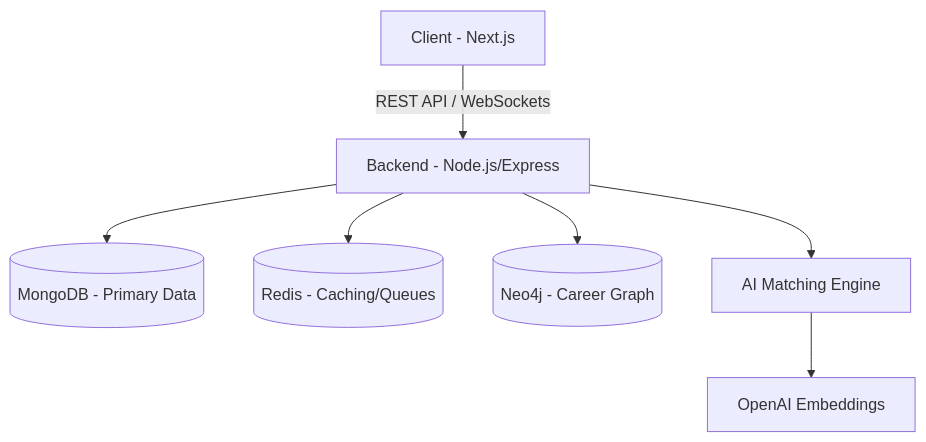
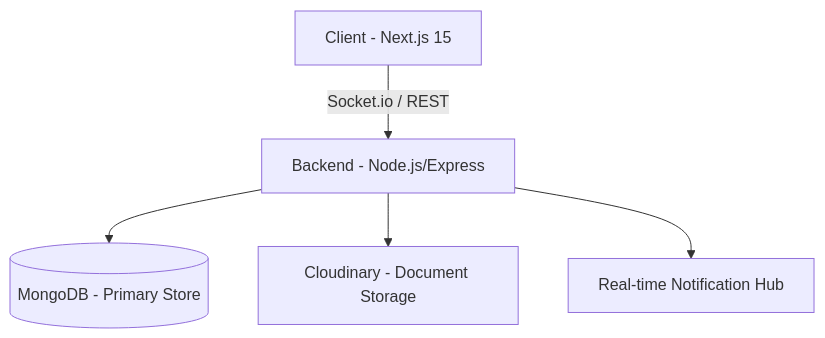
One commit to tendocalvin1/RemoteFlex changed the diagram in README.md. Above: the diagram before and after it, drawn with Mermaid. The commit also changed other lines of this file and 1 other file, not shown here.

````diff
--- a/README.md
+++ b/README.md
@@ -24,9 +24,7 @@
 ```mermaid
 graph TD
-    A[Client - Next.js] -->|REST API / WebSockets| B[Backend - Node.js/Express]
-    B --> C[(MongoDB - Primary Data)]
-    B --> D[(Redis - Caching/Queues)]
-    B --> E[(Neo4j - Career Graph)]
-    B --> F[AI Matching Engine]
-    F --> G[OpenAI Embeddings]
+    A[Client - Next.js 15] -->|Socket.io / REST| B[Backend - Node.js/Express]
+    B --> C[(MongoDB - Primary Store)]
+    B --> D[Cloudinary - Document Storage]
+    B --> E[Real-time Notification Hub]
 ```
````
